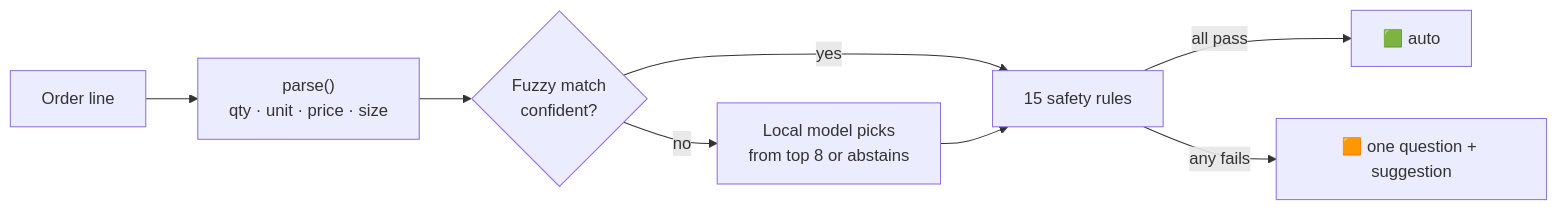
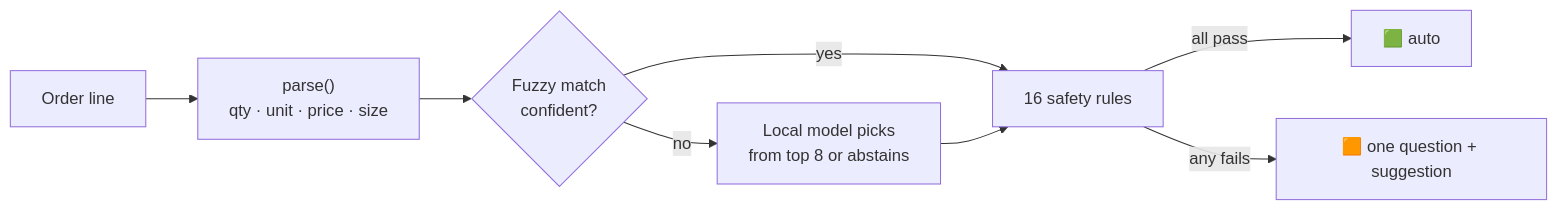
Before and after one commit to bipul724/parchimatch: the diagram in README.md, drawn with Mermaid. The commit also changed other lines of this file and 15 other files, not shown here.

````diff
--- a/README.md
+++ b/README.md
@@ -68,10 +68,10 @@
 ```mermaid
 flowchart LR
   A["Order line"] --> B["parse()<br/>qty · unit · price · size"]
   B --> C{"Fuzzy match<br/>confident?"}
-  C -- yes --> V["15 safety rules"]
+  C -- yes --> V["16 safety rules"]
   C -- no --> M["Local model picks<br/>from top 8 or abstains"]
   M --> V
   V -- all pass --> G["🟩 auto"]
   V -- any fails --> Q["🟧 one question + suggestion"]
 ```
````
